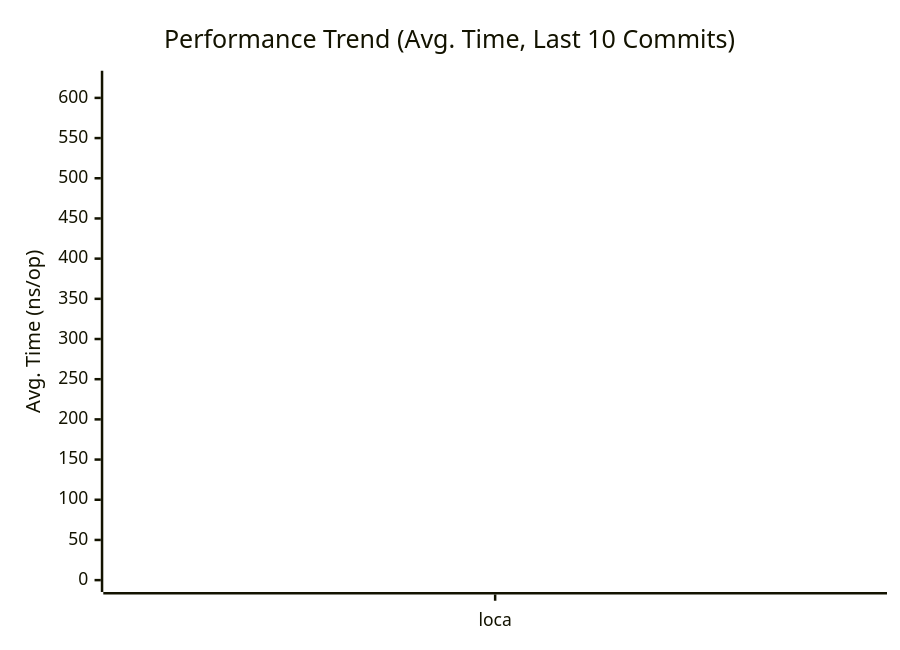
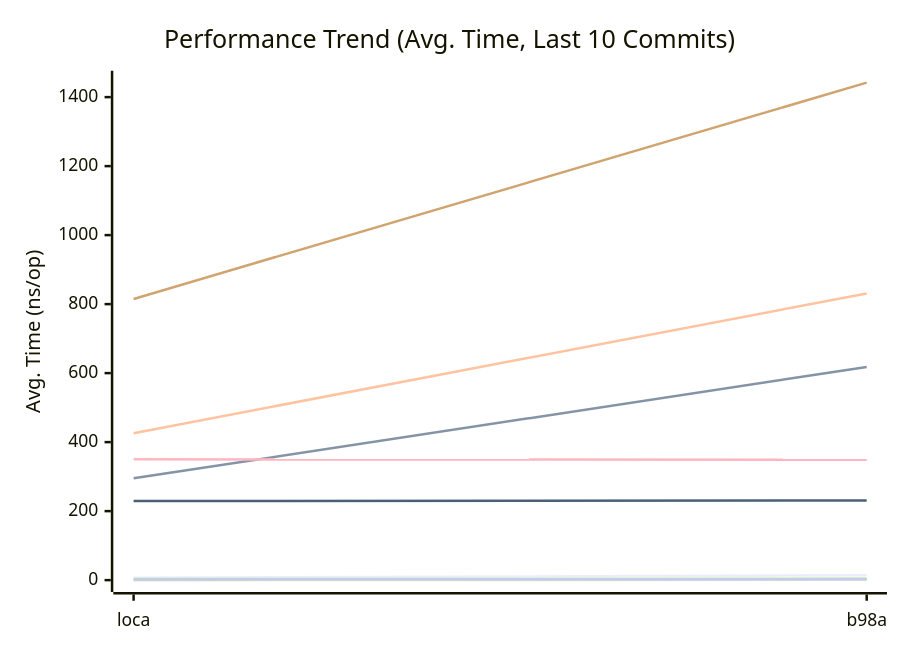
One commit to alsotoes/momo changed the first of 3 diagrams in docs/PERFORMANCE.md. Above: the diagram before and after it, drawn with Mermaid. The commit also changed other lines of this file and 2 other files, not shown here.

````diff
--- a/docs/PERFORMANCE.md
+++ b/docs/PERFORMANCE.md
@@ -80,16 +80,16 @@
 ```mermaid
 xychart-beta
     title "Performance Trend (Avg. Time, Last 10 Commits)"
     x-axis "Commit"
     y-axis "Avg. Time (ns/op)"
-    x-axis [loca]
-    line "CheckMetricsAndSwap" [6,7,14,7,6,6,7,7,6,8]
-    line "CrushOptimized" [265,295,618,264,255,245,263,280,255,293]
-    line "CrushOriginal" [399,426,831,362,367,368,359,367,362,401]
-    line "IndexDirectTracking" [0,0,1,0,0,0,0,0,0,0]
-    line "IndexSearch" [3,3,4,3,3,3,3,3,3,3]
-    line "LoadGlobalConfig" [619,815,1442,632,613,599,626,637,616,649]
-    line "PadString" [2,2,3,2,2,2,2,2,2,2]
+    x-axis [loca,b98a]
+    line "CheckMetricsAndSwap" [7,14,7,6,6,7,7,6,8,7]
+    line "CrushOptimized" [295,618,264,255,245,263,280,255,293,387]
+    line "CrushOriginal" [426,831,362,367,368,359,367,362,401,528]
+    line "IndexDirectTracking" [0,1,0,0,0,0,0,0,0,0]
+    line "IndexSearch" [3,4,3,3,3,3,3,3,3,3]
+    line "LoadGlobalConfig" [815,1442,632,613,599,626,637,616,649,921]
+    line "PadString" [2,3,2,2,2,2,2,2,2,2]
     line "ParseReplicationOrder_NoPrealloc" [350,349,357,354,345,225,229,165,232,234]
     line "ParseReplicationOrder_Prealloc" [229,231,237,234,229,108,107,80,110,109]
 ```
````
